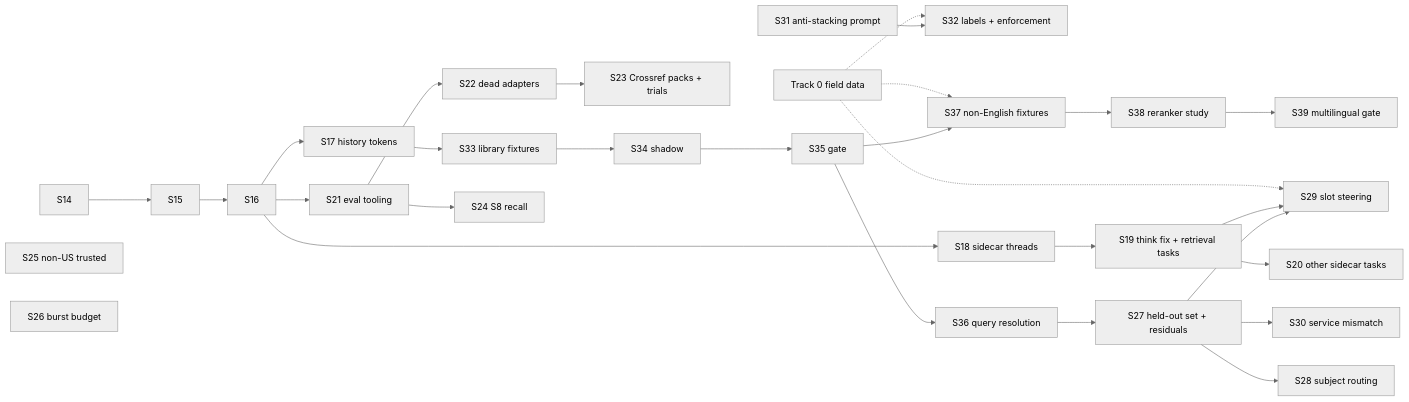
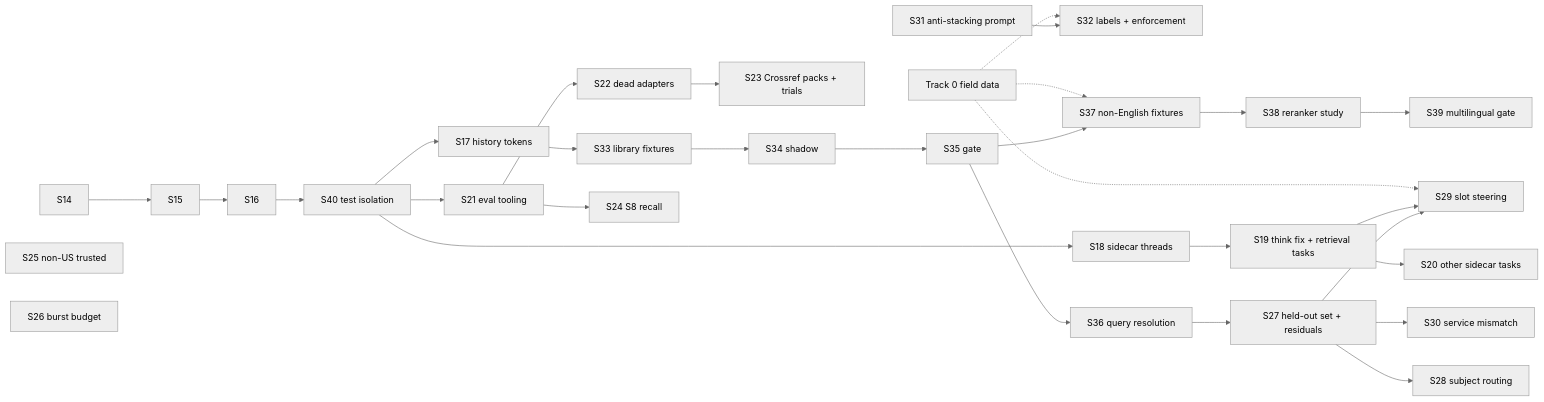
One commit to dagaza/Qube changed the diagram in docs/knowledge_retrieval_followups.md. Above: the diagram before and after it, drawn with Mermaid (neutral theme). The commit also changed other lines of this file and 4 other files, not shown here.

First line of the commit message:
Run the native max_tokens clamp, keep the scientific test offline, plan S40 (S16).

````diff
--- a/docs/knowledge_retrieval_followups.md
+++ b/docs/knowledge_retrieval_followups.md
@@ -83,20 +83,20 @@
 ```mermaid
 flowchart LR
   T0[Track 0 field data] -.-> S29
   T0 -.-> S32
   T0 -.-> S37
   S14 --> S15 --> S16
-  S16 --> S17[S17 history tokens]
-  S16 --> S18[S18 sidecar threads] --> S19[S19 think fix + retrieval tasks] --> S20[S20 other sidecar tasks]
-  S16 --> S21[S21 eval tooling] --> S22[S22 dead adapters] --> S23[S23 Crossref packs + trials]
+  S16 --> S40[S40 test isolation] --> S17[S17 history tokens]
+  S40 --> S18[S18 sidecar threads] --> S19[S19 think fix + retrieval tasks] --> S20[S20 other sidecar tasks]
+  S40 --> S21[S21 eval tooling] --> S22[S22 dead adapters] --> S23[S23 Crossref packs + trials]
   S17 --> S33[S33 library fixtures] --> S34[S34 shadow] --> S35[S35 gate] --> S36[S36 query resolution]
   S36 --> S27[S27 held-out set + residuals] --> S28[S28 subject routing]
   S19 --> S29[S29 slot steering]
   S27 --> S29
   S27 --> S30[S30 service mismatch]
   S31[S31 anti-stacking prompt] --> S32[S32 labels + enforcement]
   S21 --> S24[S24 S8 recall]
   S25[S25 non-US trusted]
   S26[S26 burst budget]
   S35 --> S37[S37 non-English fixtures] --> S38[S38 reranker study] --> S39[S39 multilingual gate]
 ```
````
